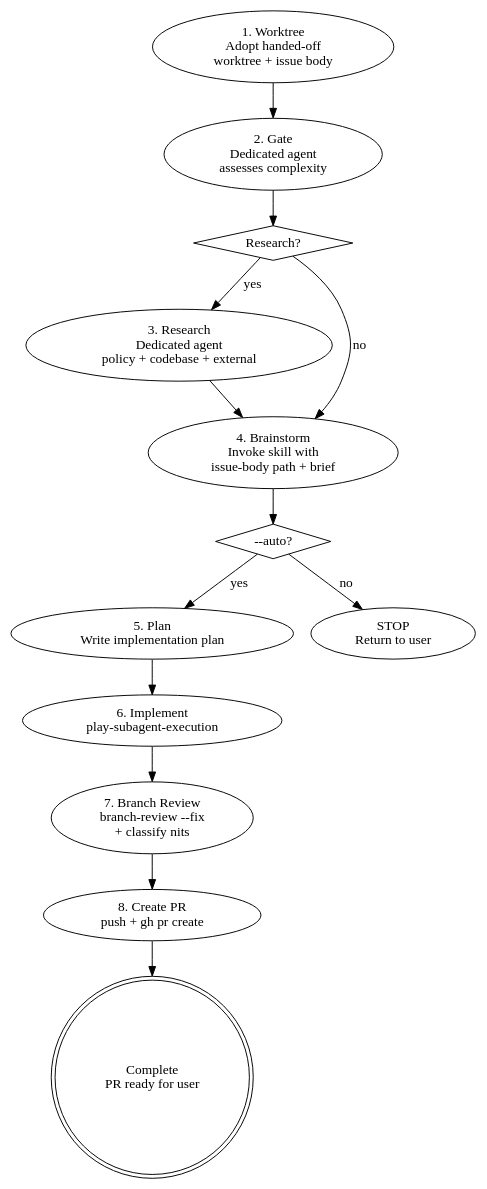
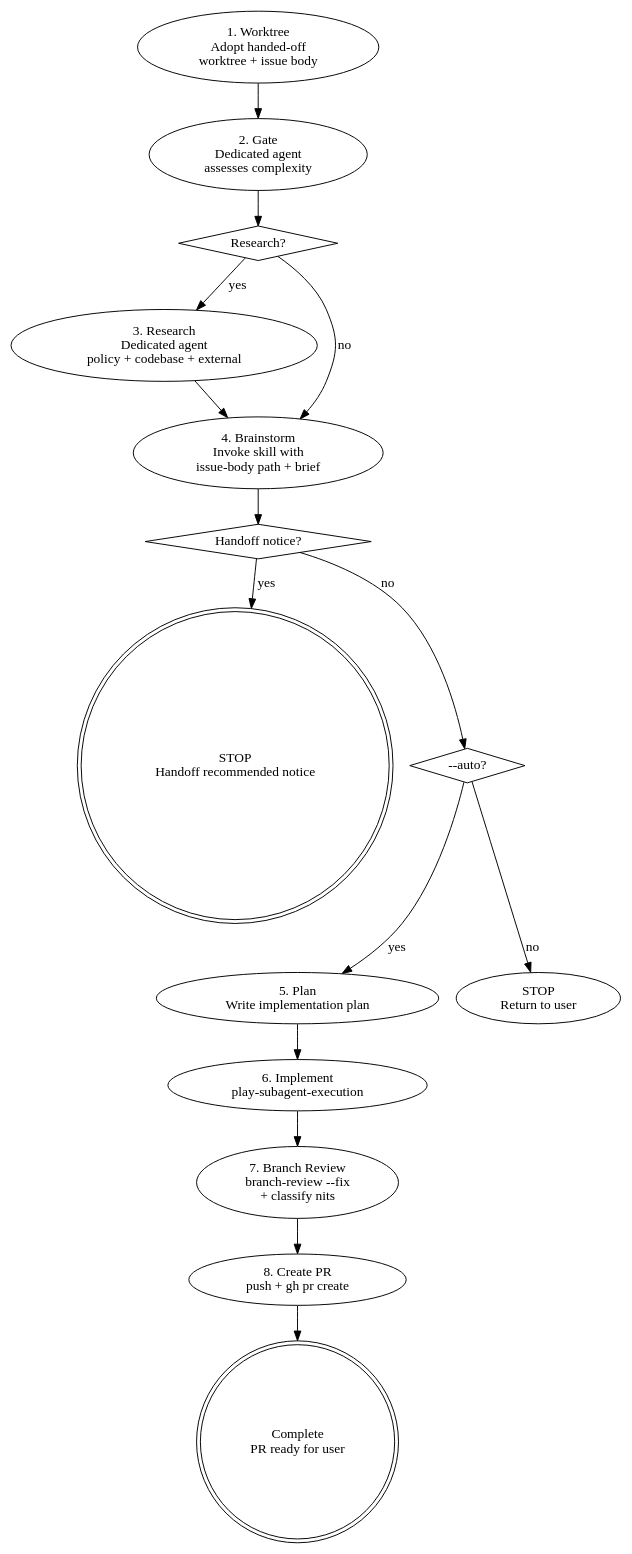
Before and after one commit to ryumiel/devcanon: the diagram in skills/issue-priming-workflow/references/workflow-diagram.md, drawn with Graphviz. The commit also changed 3 other files, not shown here.

````diff
--- a/skills/issue-priming-workflow/references/workflow-diagram.md
+++ b/skills/issue-priming-workflow/references/workflow-diagram.md
@@ -6,26 +6,30 @@
 ```dot
 digraph priming {
   rankdir=TB;
   worktree [label="1. Worktree\nAdopt handed-off\nworktree + issue body"];
   gate [label="2. Gate\nDedicated agent\nassesses complexity"];
   decide [label="Research?", shape=diamond];
   research [label="3. Research\nDedicated agent\npolicy + codebase + external"];
   brainstorm [label="4. Brainstorm\nInvoke skill with\nissue-body path + brief"];
+  handoff_check [label="Handoff notice?", shape=diamond];
+  handoff [label="STOP\nHandoff recommended notice", shape=doublecircle];
   auto_check [label="--auto?", shape=diamond];
   plan [label="5. Plan\nWrite implementation plan"];
   implement [label="6. Implement\nplay-subagent-execution"];
   stop_interactive [label="STOP\nReturn to user"];
 
   worktree -> gate -> decide;
   decide -> research [label="yes"];
   decide -> brainstorm [label="no"];
   research -> brainstorm;
-  brainstorm -> auto_check;
+  brainstorm -> handoff_check;
+  handoff_check -> handoff [label="yes"];
+  handoff_check -> auto_check [label="no"];
   auto_check -> plan [label="yes"];
   auto_check -> stop_interactive [label="no"];
   plan -> implement -> review -> create_pr -> done;
   review [label="7. Branch Review\nbranch-review --fix\n+ classify nits"];
   create_pr [label="8. Create PR\npush + gh pr create"];
   done [label="Complete\nPR ready for user", shape=doublecircle];
 }
 ```
````
